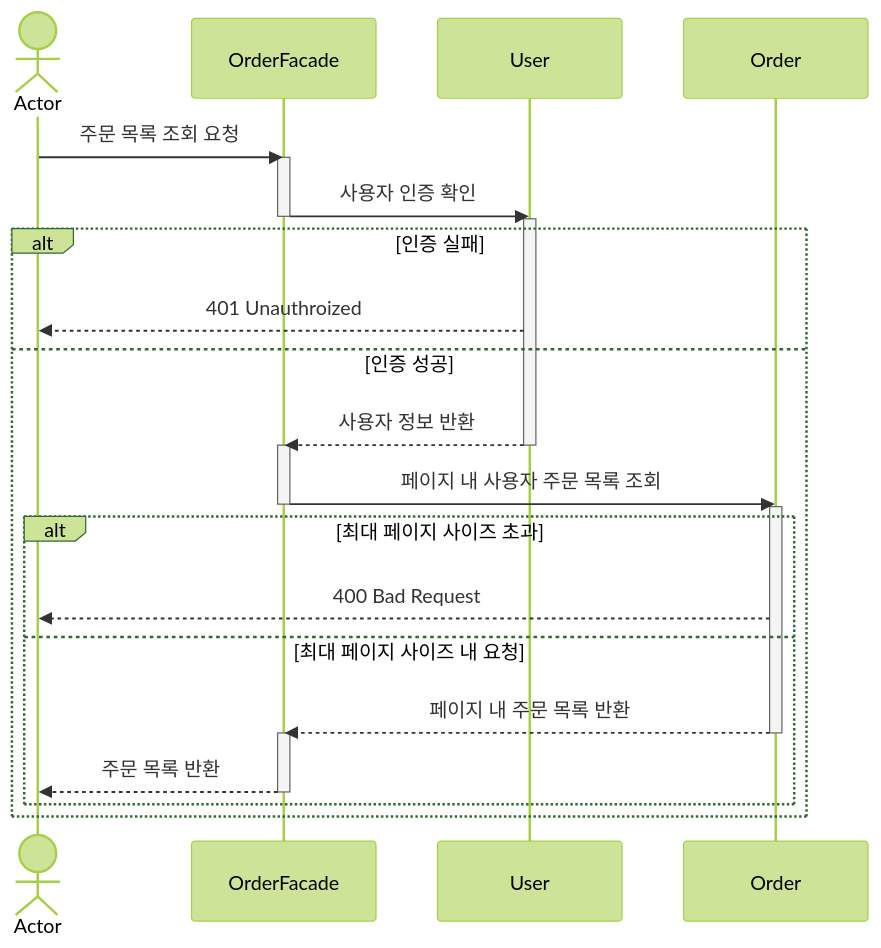
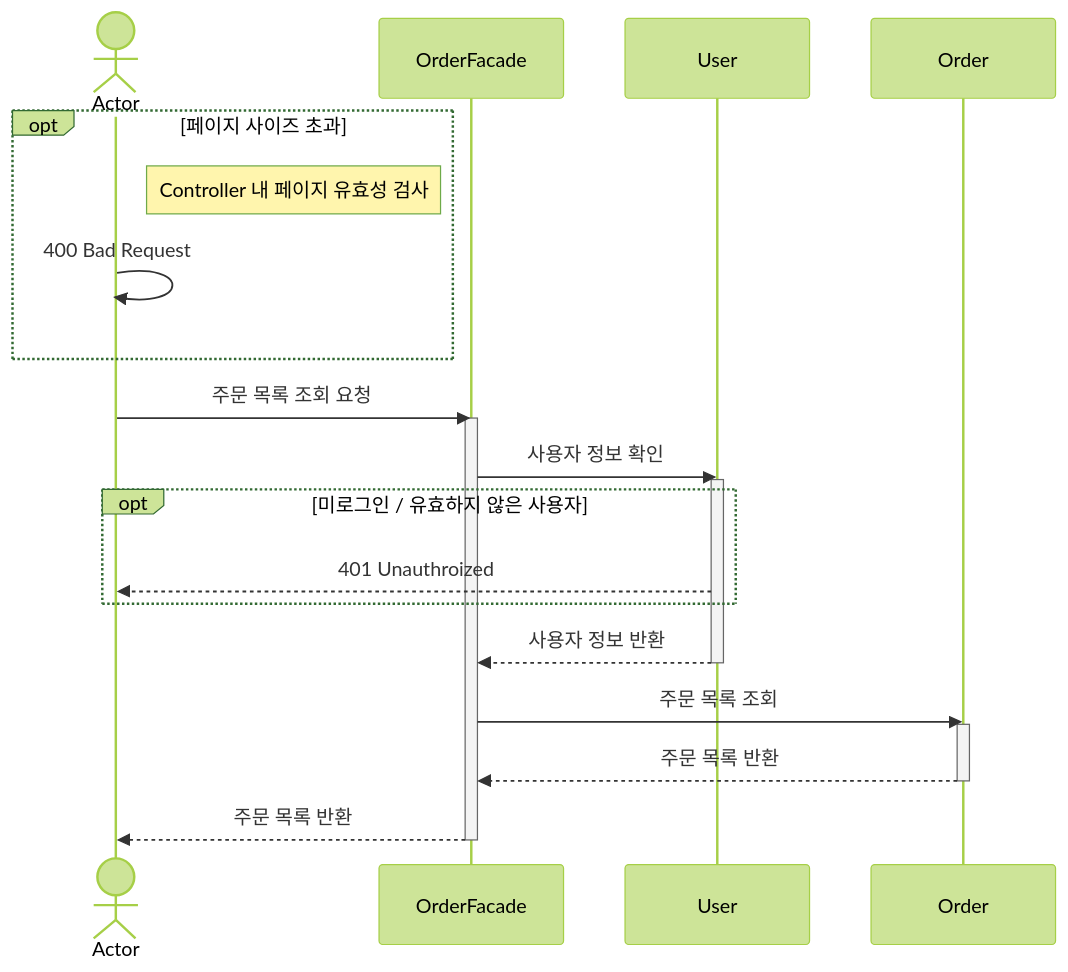
The eighth of 9 diagrams in docs/design/02-sequence-diagrams.md (hgh1472/loopers), drawn with Mermaid (forest theme) before and after one commit. The commit also changed other lines of this file and 3 other files, not shown here.

````diff
--- a/docs/design/02-sequence-diagrams.md
+++ b/docs/design/02-sequence-diagrams.md
@@ -405,33 +314,30 @@
 ```mermaid
 sequenceDiagram
   Actor A as Actor
   Participant OF as OrderFacade
   Participant U as User
   Participant O as Order
-  
+
+  opt 페이지 사이즈 초과
+  Note right of A: Controller 내 페이지 유효성 검사
+  A->>A: 400 Bad Request
+  end
   A->>OF: 주문 목록 조회 요청
   activate OF
-  OF->>U: 사용자 인증 확인
+  
+  OF->>U: 사용자 정보 확인
+  activate U
+  opt 미로그인 / 유효하지 않은 사용자
+    U-->>A: 401 Unauthroized
+  end
+  U-->>OF: 사용자 정보 반환
+  deactivate U
+  
+  OF->>O: 주문 목록 조회
+  activate O
+  O-->>OF: 주문 목록 반환
+  deactivate O
+  OF-->>A: 주문 목록 반환
   deactivate OF
-  activate U
-  alt 인증 실패
-    U-->>A: 401 Unauthroized
-  else 인증 성공
-    U-->>OF: 사용자 정보 반환
-    deactivate U
-    activate OF
-    OF->>O: 페이지 내 사용자 주문 목록 조회
-    deactivate OF
-    activate O
-    alt 최대 페이지 사이즈 초과
-      O-->>A: 400 Bad Request
-    else 최대 페이지 사이즈 내 요청
-      O-->>OF: 페이지 내 주문 목록 반환
-      deactivate O
-      activate OF
-      OF-->>A: 주문 목록 반환
-      deactivate OF
-    end
-  end
   
 ```
````
